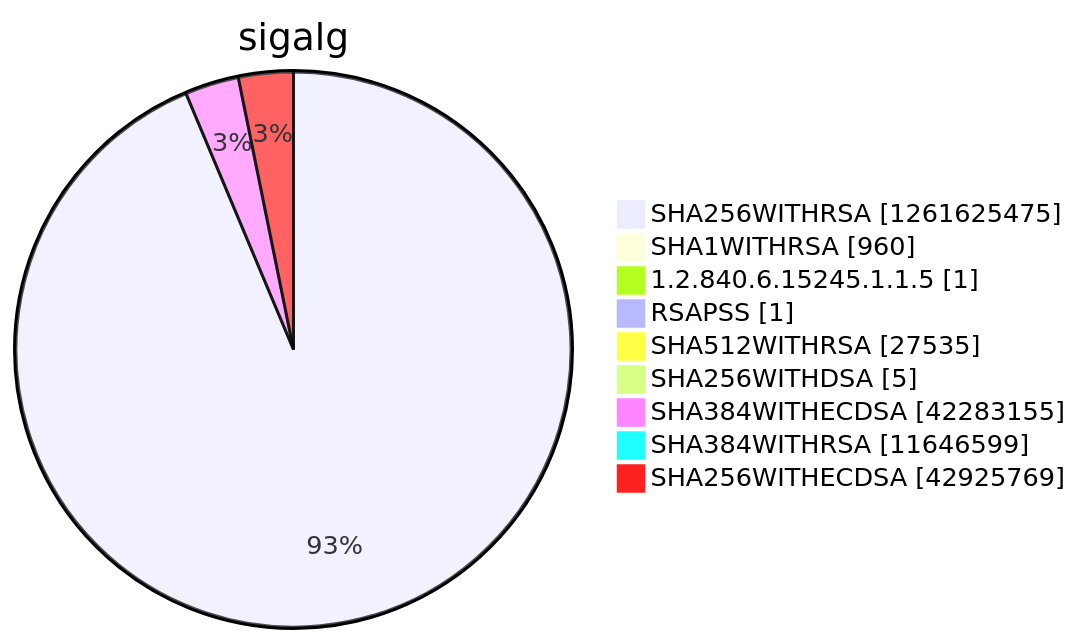
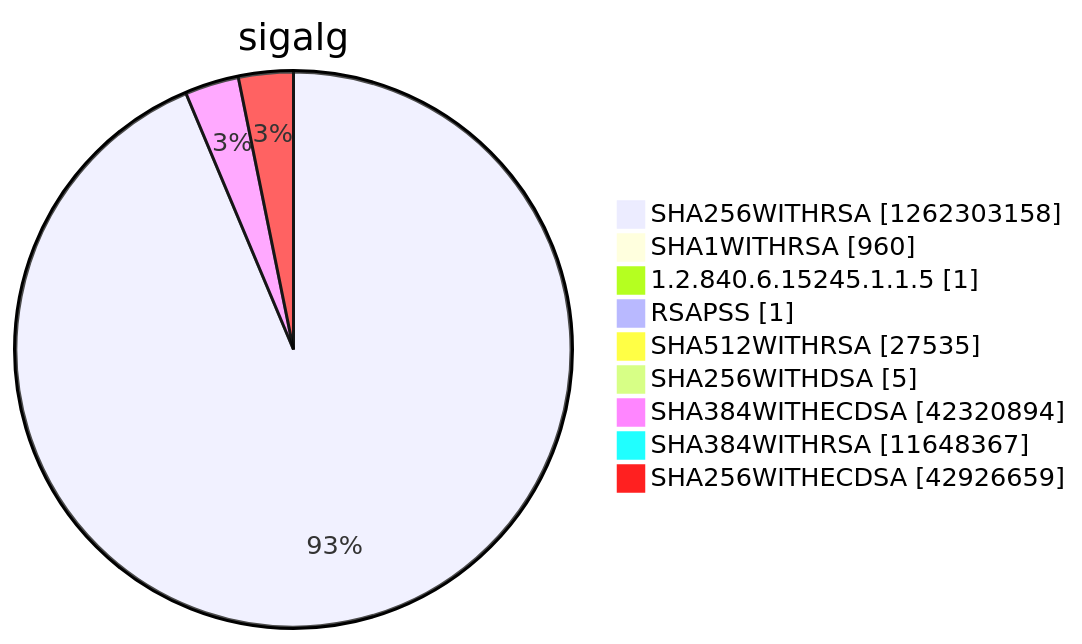
Diagram 15 of 15 in argon2022/README.md (christiankrug/ctmonitor_visualization), drawn with Mermaid before and after one commit. The commit also changed other lines of this file, not shown here.

````diff
--- a/argon2022/README.md
+++ b/argon2022/README.md
@@ -5522,13 +5522,13 @@
 ```mermaid
 pie showData
 title sigalg
-"SHA256WITHRSA" :1261625475
+"SHA256WITHRSA" :1262303158
 "SHA1WITHRSA" :960
 "1.2.840.6.15245.1.1.5" :1
 "RSAPSS" :1
 "SHA512WITHRSA" :27535
 "SHA256WITHDSA" :5
-"SHA384WITHECDSA" :42283155
-"SHA384WITHRSA" :11646599
-"SHA256WITHECDSA" :42925769
+"SHA384WITHECDSA" :42320894
+"SHA384WITHRSA" :11648367
+"SHA256WITHECDSA" :42926659
 ```
````
